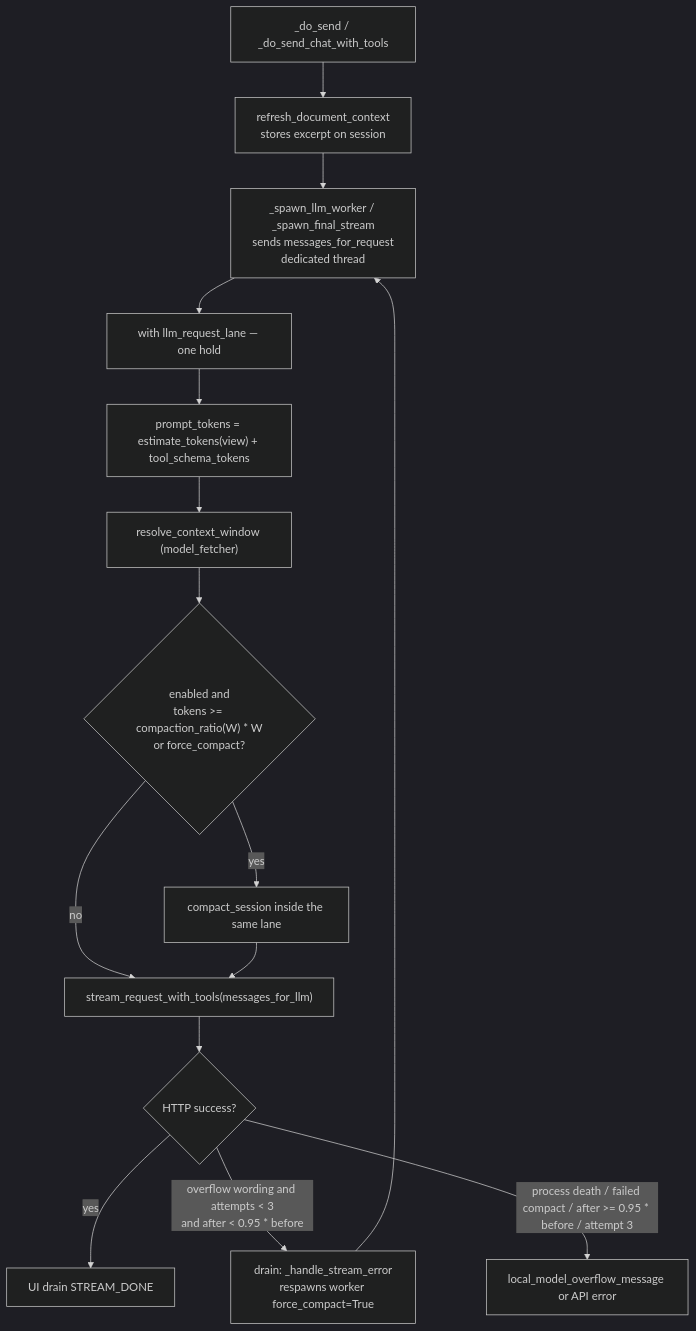
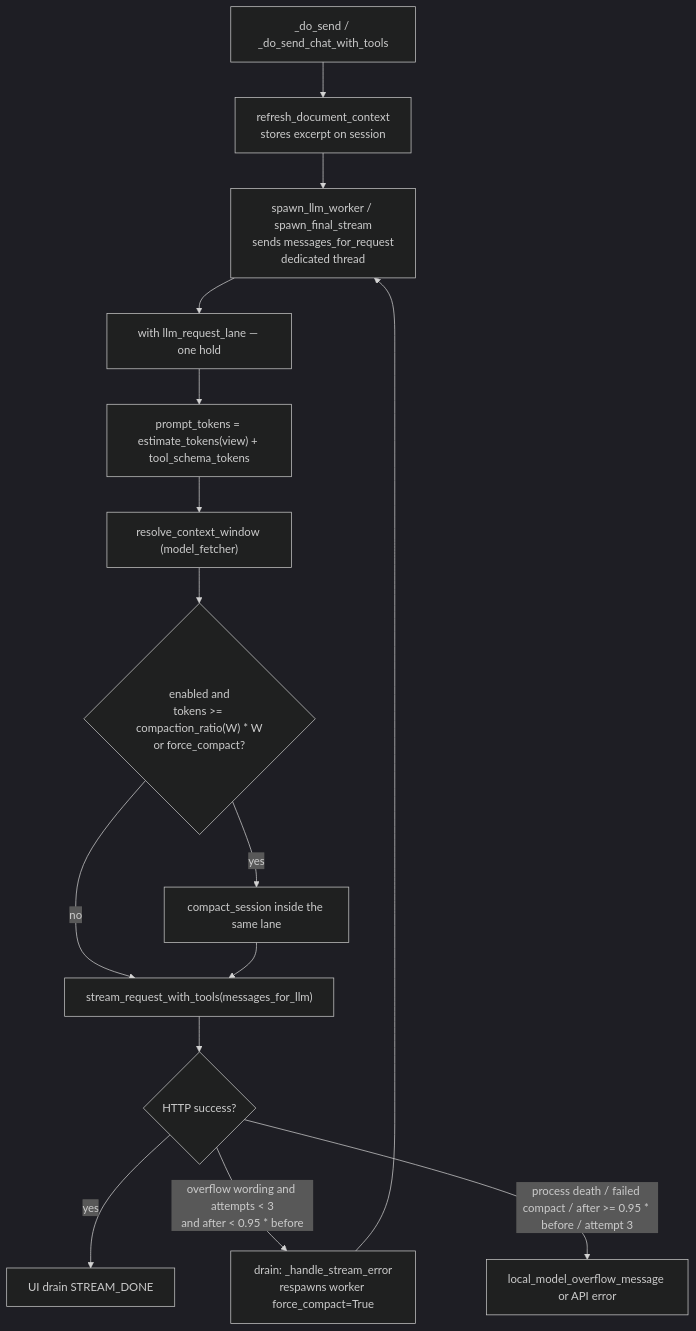
The first of 2 diagrams in docs/chat/compaction-dev-plan.md (KeithCu/writeragent), drawn with Mermaid (dark theme) before and after one commit. The commit also changed other lines of this file and 68 other files, not shown here.

````diff
--- a/docs/chat/compaction-dev-plan.md
+++ b/docs/chat/compaction-dev-plan.md
@@ -49,17 +49,17 @@
 ```mermaid
 flowchart TD
   send["_do_send / _do_send_chat_with_tools"] --> refresh["refresh_document_context<br/>stores excerpt on session"]
-  refresh --> worker["_spawn_llm_worker / _spawn_final_stream<br/>sends messages_for_request<br/>dedicated thread"]
+  refresh --> worker["spawn_llm_worker / spawn_final_stream<br/>sends messages_for_request<br/>dedicated thread"]
   worker --> lane["with llm_request_lane — one hold"]
   lane --> estimate["prompt_tokens = estimate_tokens(view) + tool_schema_tokens"]
   estimate --> window["resolve_context_window (model_fetcher)"]
   window --> gate{"enabled and<br/>tokens >= compaction_ratio(W) * W<br/>or force_compact?"}
   gate -->|no| llm["stream_request_with_tools(messages_for_llm)"]
   gate -->|yes| compact["compact_session inside the same lane"]
   compact --> llm
   llm --> ok{"HTTP success?"}
   ok -->|yes| drain["UI drain STREAM_DONE"]
   ok -->|overflow wording and attempts < 3<br/>and after < 0.95 * before| respawn["drain: _handle_stream_error<br/>respawns worker force_compact=True"]
   respawn --> worker
   ok -->|process death / failed compact / after >= 0.95 * before / attempt 3| err["local_model_overflow_message or API error"]
 ```
````
